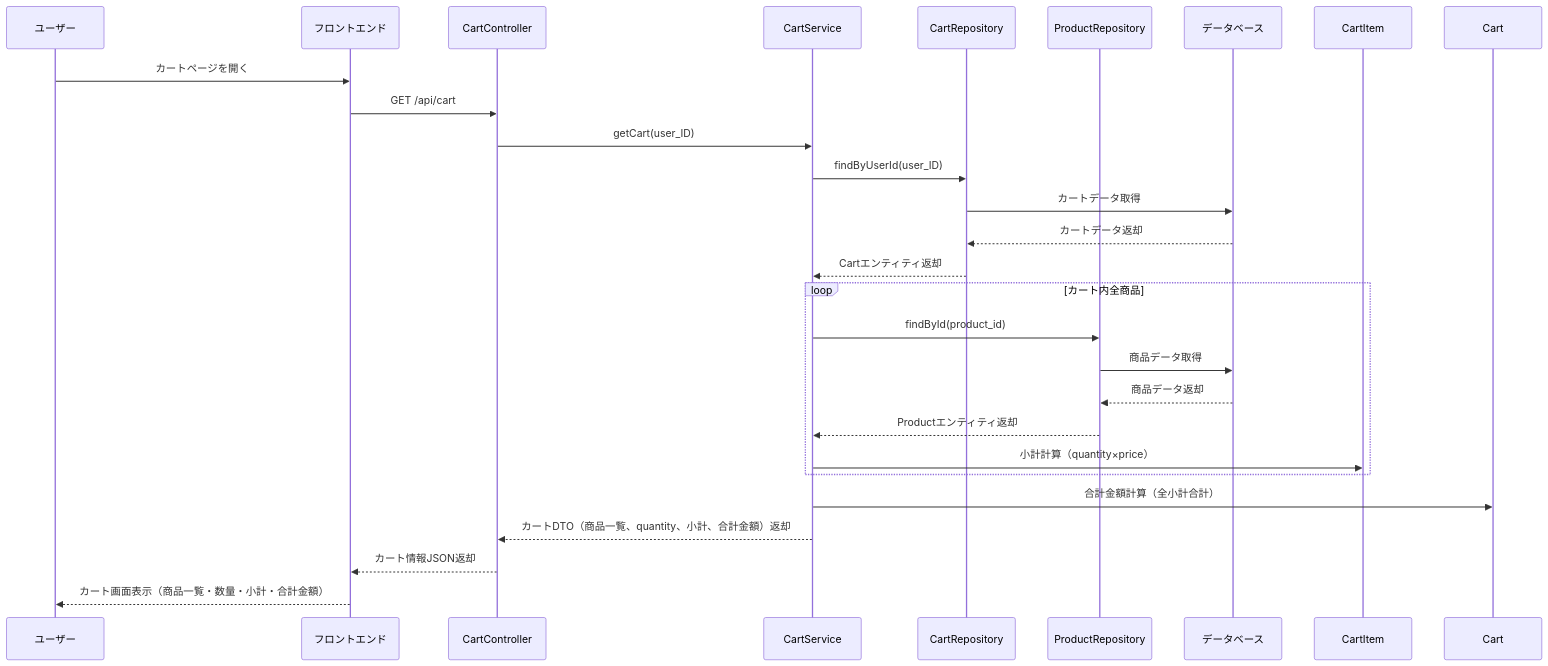
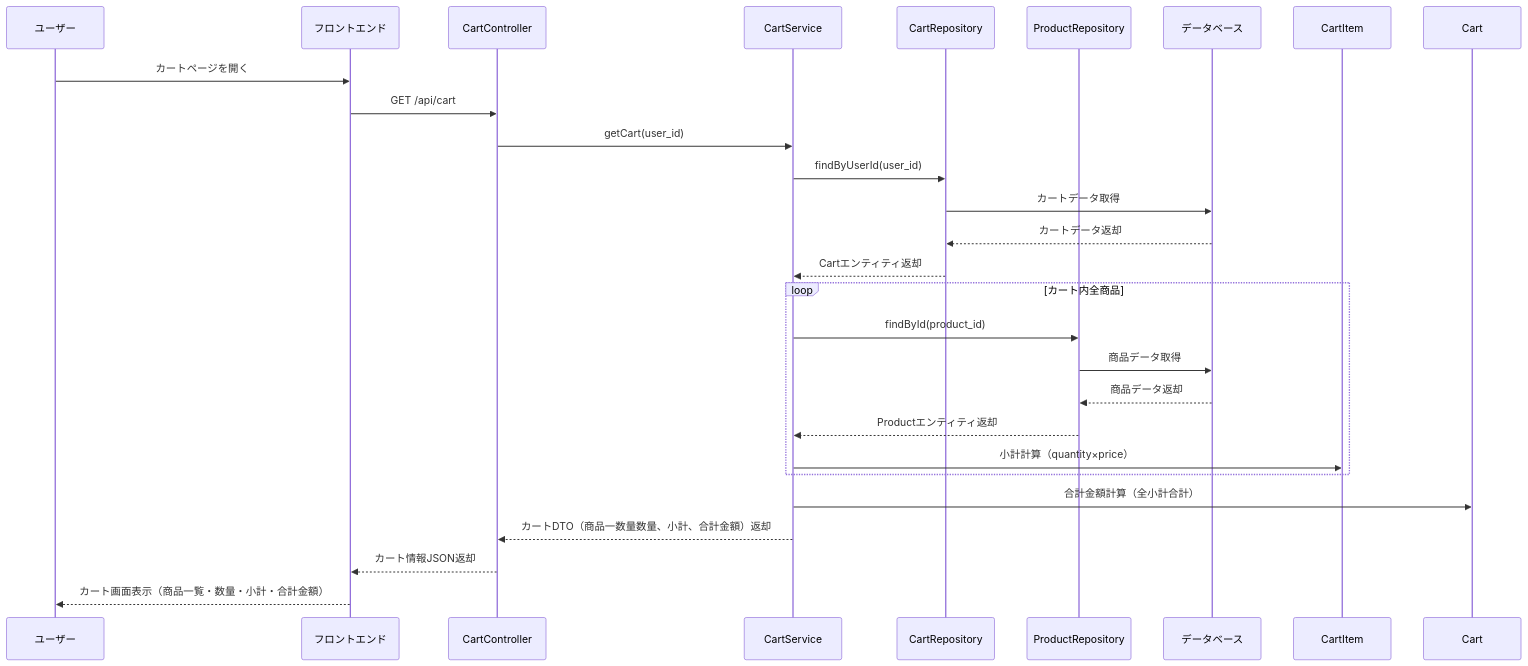
One commit to Aoi-Yaegashi/teamF changed the seventh of 36 diagrams in 詳細設計/提出用/詳細設計書.md. Above: the diagram before and after it, drawn with Mermaid. The commit also changed other lines of this file and 1 other file, not shown here.

```diff
--- a/詳細設計/提出用/詳細設計書.md
+++ b/詳細設計/提出用/詳細設計書.md
@@ -569,29 +569,29 @@
 <div class="mermaid">
 sequenceDiagram
     participant User as ユーザー
     participant Browser as フロントエンド
     participant CartController as CartController
     participant CartService as CartService
     participant CartRepo as CartRepository
     participant ProductRepo as ProductRepository
     participant DB as データベース
 
     User->>Browser: カートページを開く
     Browser->>CartController: GET /api/cart
-    CartController->>CartService: getCart(user_ID)
-    CartService->>CartRepo: findByUserId(user_ID)
+    CartController->>CartService: getCart(user_id)
+    CartService->>CartRepo: findByUserId(user_id)
     CartRepo->>DB: カートデータ取得
     DB-->>CartRepo: カートデータ返却
     CartRepo-->>CartService: Cartエンティティ返却
     loop カート内全商品
         CartService->>ProductRepo: findById(product_id)
         ProductRepo->>DB: 商品データ取得
         DB-->>ProductRepo: 商品データ返却
         ProductRepo-->>CartService: Productエンティティ返却
         CartService->>CartItem: 小計計算（quantity×price）
     end
     CartService->>Cart: 合計金額計算（全小計合計）
-    CartService-->>CartController: カートDTO（商品一覧、quantity、小計、合計金額）返却
+    CartService-->>CartController: カートDTO（商品一数量数量、小計、合計金額）返却
     CartController-->>Browser: カート情報JSON返却
     Browser-->>User: カート画面表示（商品一覧・数量・小計・合計金額）
 </div>
```
